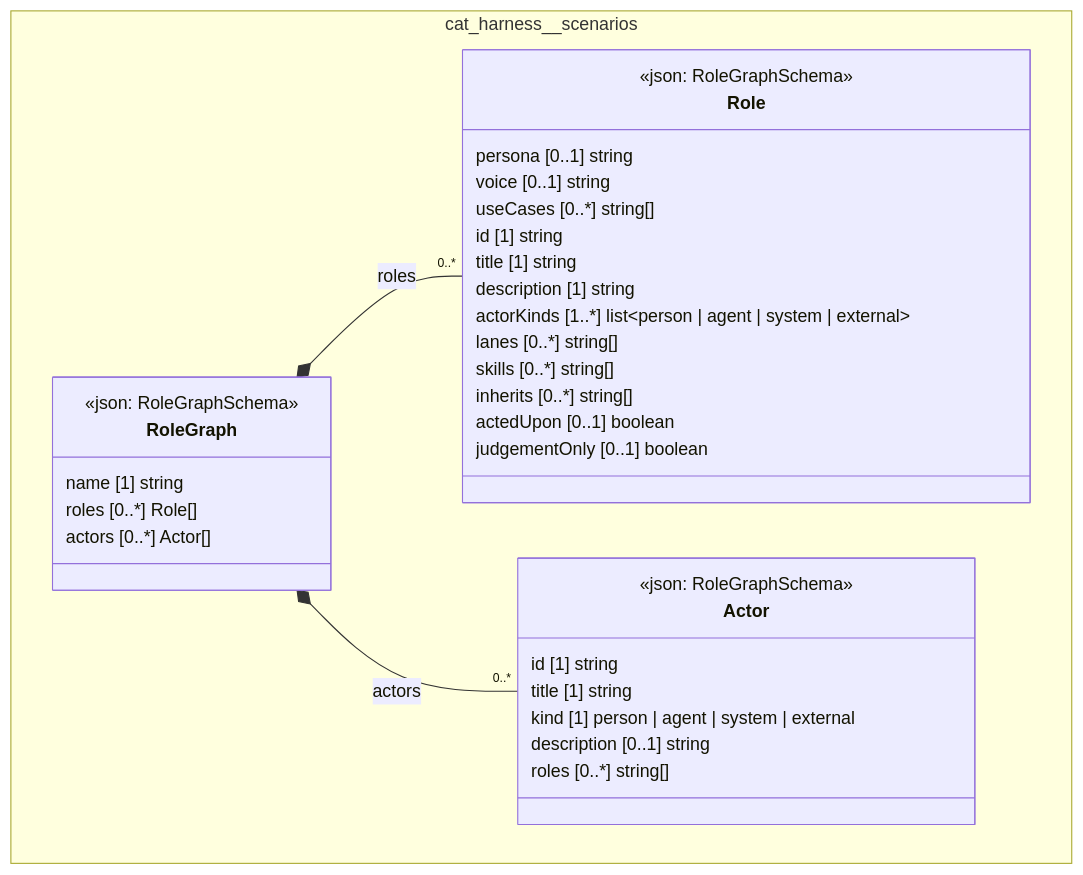
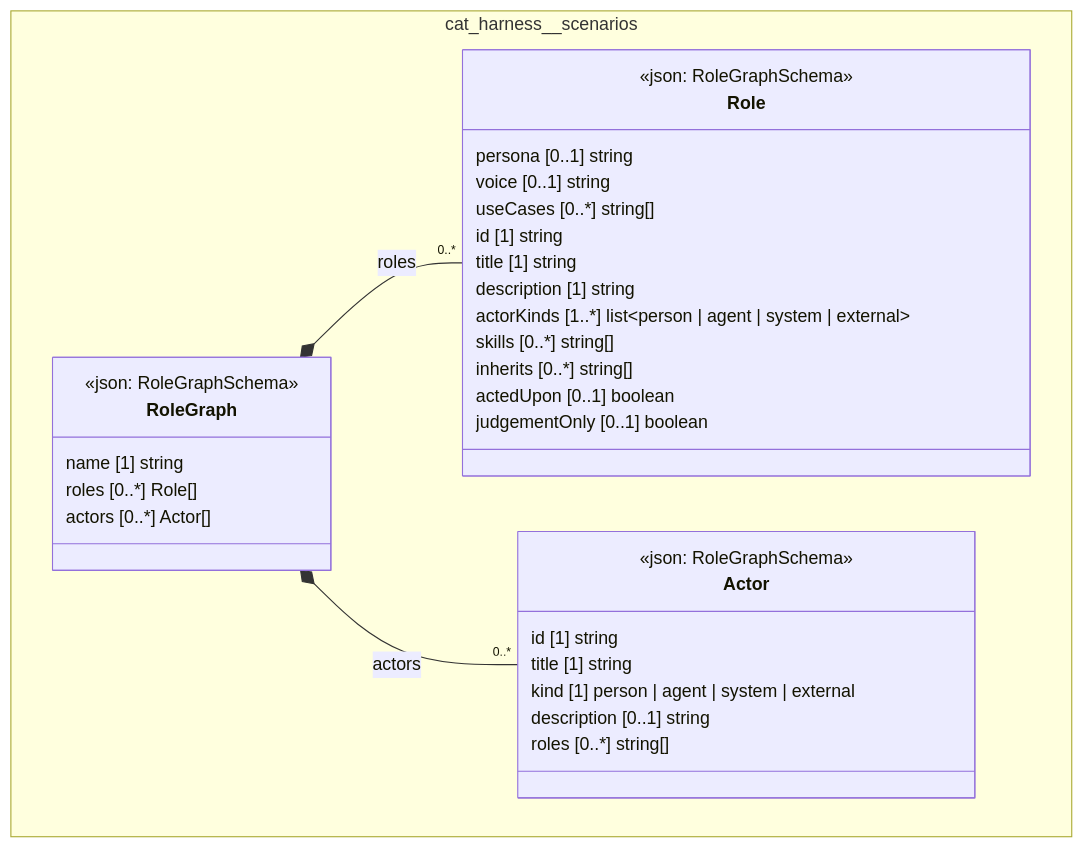
Before and after one commit to litlfred/folio-assistant: the diagram in cat-harness/uml/overview/cat-harness/scenarios.mmd, drawn with Mermaid. The commit also changed 511 other files, not shown here.

```diff
--- a/cat-harness/uml/overview/cat-harness/scenarios.mmd
+++ b/cat-harness/uml/overview/cat-harness/scenarios.mmd
@@ -1,38 +1,37 @@
 classDiagram
   direction TB
   namespace cat_harness__scenarios {
     class cat_harness_scenarios_Role["Role"] {
       <<json: RoleGraphSchema>>
       persona [0..1] string
       voice [0..1] string
       useCases [0..*] string[]
       id [1] string
       title [1] string
       description [1] string
       actorKinds [1..*] list~person | agent | system | external~
-      lanes [0..*] string[]
       skills [0..*] string[]
       inherits [0..*] string[]
       actedUpon [0..1] boolean
       judgementOnly [0..1] boolean
     }
     class cat_harness_scenarios_Actor["Actor"] {
       <<json: RoleGraphSchema>>
       id [1] string
       title [1] string
       kind [1] person | agent | system | external
       description [0..1] string
       roles [0..*] string[]
     }
     class cat_harness_scenarios_RoleGraph["RoleGraph"] {
       <<json: RoleGraphSchema>>
       name [1] string
       roles [0..*] Role[]
       actors [0..*] Actor[]
     }
   }
   cat_harness_scenarios_RoleGraph *-- "0..*" cat_harness_scenarios_Role : roles
   cat_harness_scenarios_RoleGraph *-- "0..*" cat_harness_scenarios_Actor : actors
   cssClass "cat_harness_scenarios_Role" fa_uml_kind_scenarios
   cssClass "cat_harness_scenarios_Actor" fa_uml_kind_scenarios
   cssClass "cat_harness_scenarios_RoleGraph" fa_uml_kind_scenarios
```
